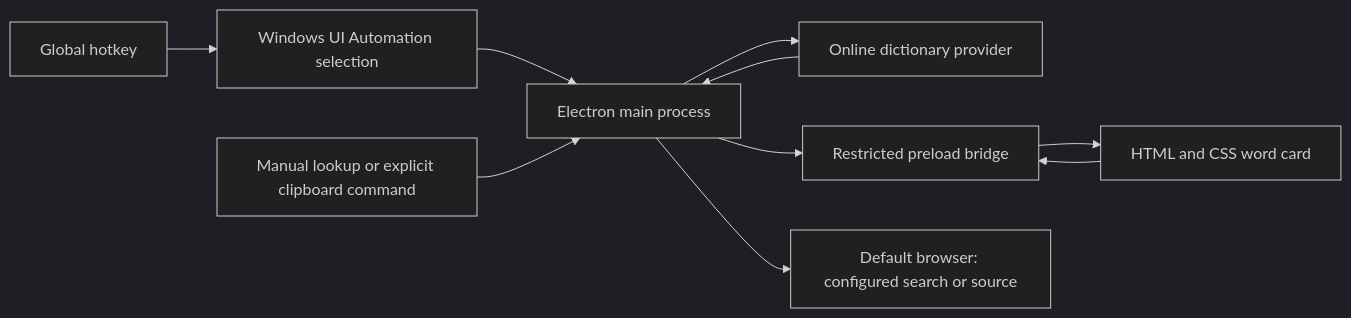
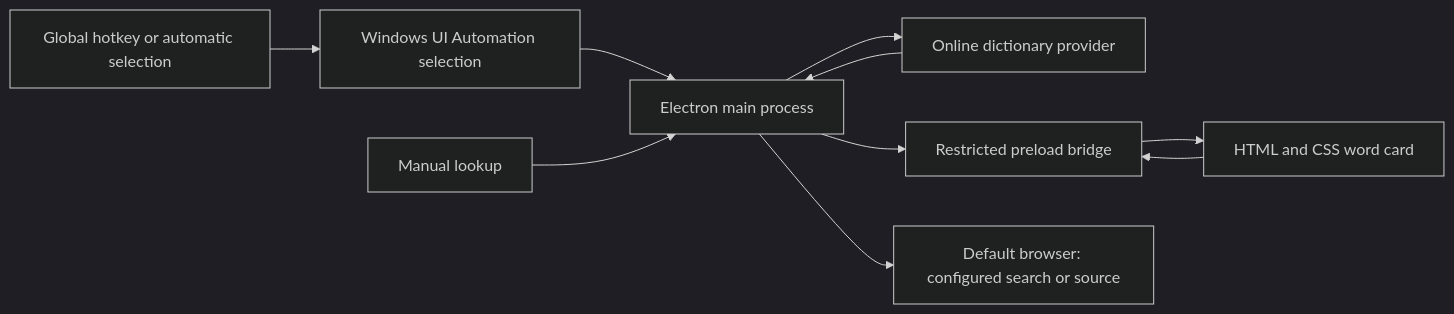
Before and after one commit to enaielei/wordpeek: the diagram in docs/architecture.md, drawn with Mermaid (dark theme). The commit also changed other lines of this file and 37 other files, not shown here.

````diff
--- a/docs/architecture.md
+++ b/docs/architecture.md
@@ -5,12 +5,12 @@
 ```mermaid
 flowchart LR
-  A[Global hotkey] --> B[Windows UI Automation selection]
+  A[Global hotkey or automatic selection] --> B[Windows UI Automation selection]
   B --> C[Electron main process]
-  D[Manual lookup or explicit clipboard command] --> C
+  D[Manual lookup] --> C
   C --> E[Online dictionary provider]
   E --> C
   C --> F[Restricted preload bridge]
   F --> G[HTML and CSS word card]
   G --> F
   C --> H[Default browser: configured search or source]
 ```
````
